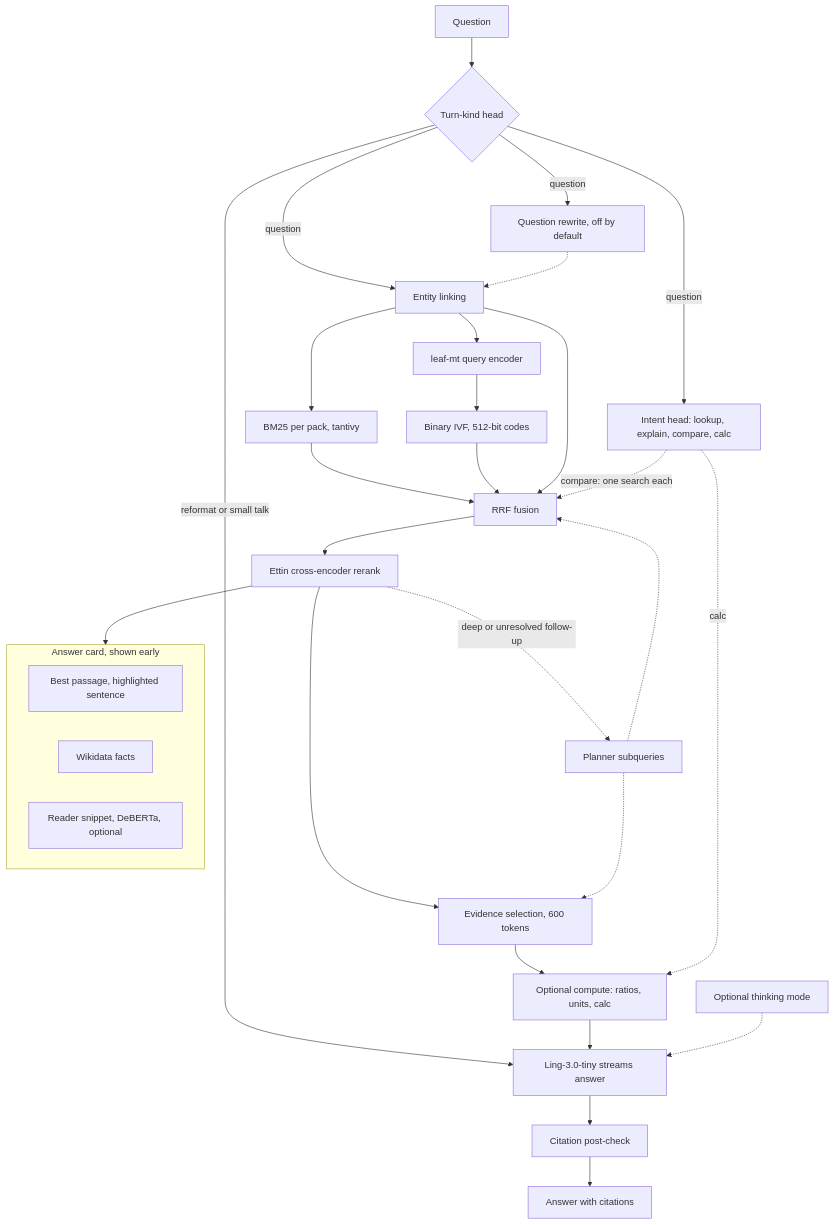
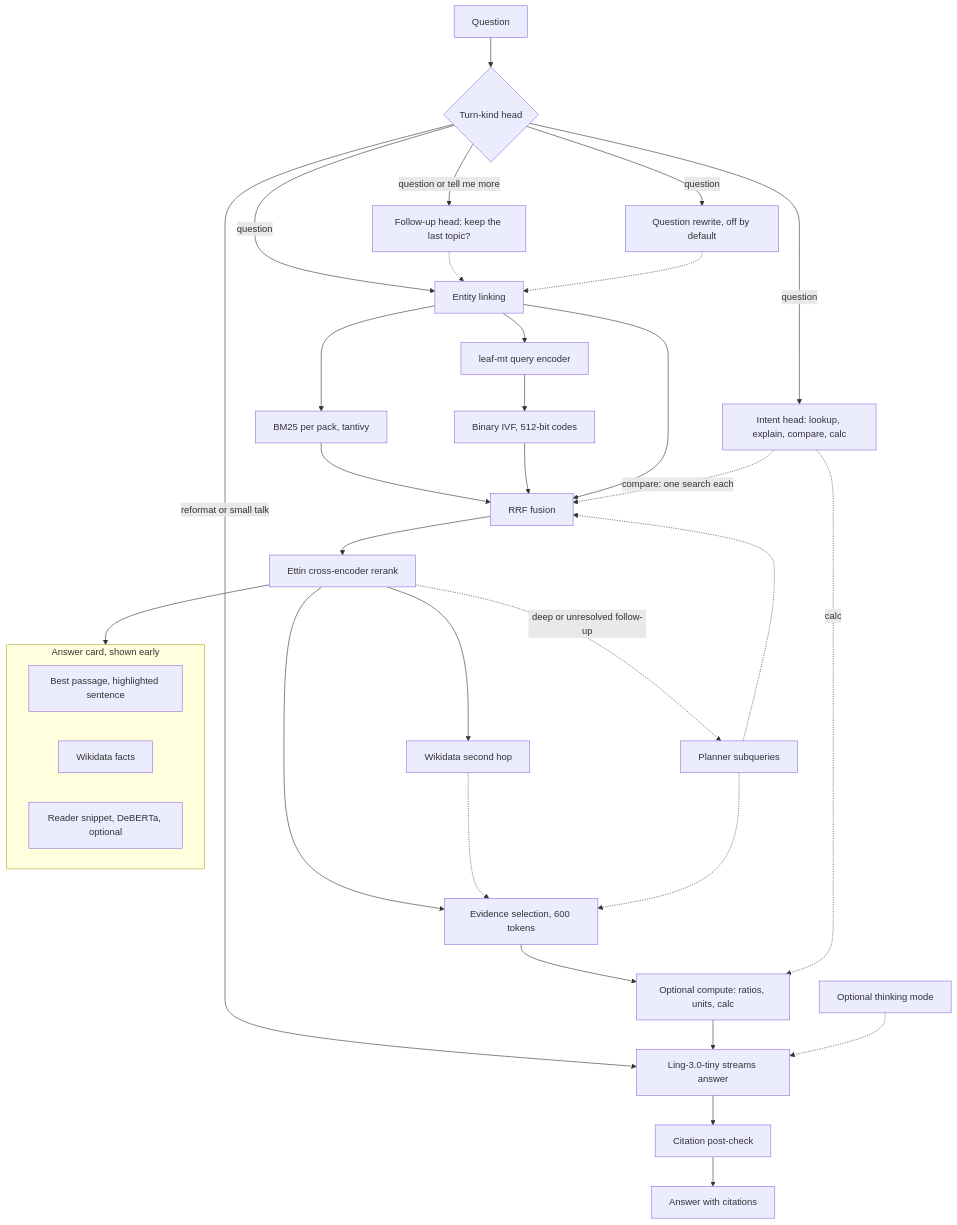
The fifth of 5 diagrams in README.md (0xPD33/commonplace), drawn with Mermaid before and after one commit. The commit also changed other lines of this file and 4 other files, not shown here.

````diff
--- a/README.md
+++ b/README.md
@@ -198,33 +199,37 @@
 ```mermaid
 flowchart TD
   Q["Question"] --> TK{"Turn-kind head"}
   TK -->|"reformat or small talk"| GEN
   TK -->|"question"| REW["Question rewrite, off by default"]
   TK -->|"question"| ENT["Entity linking"]
+  TK -->|"question or tell me more"| FU["Follow-up head: keep the last topic?"]
+  FU -.-> ENT
   REW -.-> ENT
   TK -->|"question"| INT["Intent head: lookup, explain, compare, calc"]
   ENT --> BM25["BM25 per pack, tantivy"]
   ENT --> ENC["leaf-mt query encoder"]
   ENC --> IVF["Binary IVF, 512-bit codes"]
   BM25 --> RRF["RRF fusion"]
   IVF --> RRF
   ENT --> RRF
   INT -.->|"compare: one search each"| RRF
   RRF --> RR["Ettin cross-encoder rerank"]
   RR --> CARD
   subgraph CARD["Answer card, shown early"]
     P["Best passage, highlighted sentence"]
     F["Wikidata facts"]
     R["Reader snippet, DeBERTa, optional"]
   end
   RR -.->|"deep or unresolved follow-up"| PLAN["Planner subqueries"]
   PLAN -.-> RRF
   RR --> EV["Evidence selection, 600 tokens"]
+  RR --> HOP["Wikidata second hop"]
+  HOP -.-> EV
   PLAN -.-> EV
   EV --> COMP["Optional compute: ratios, units, calc"]
   INT -.->|"calc"| COMP
   COMP --> GEN["Ling-3.0-tiny streams answer"]
   THINK["Optional thinking mode"] -.-> GEN
   GEN --> CHK["Citation post-check"]
   CHK --> ANS["Answer with citations"]
 ```
````
